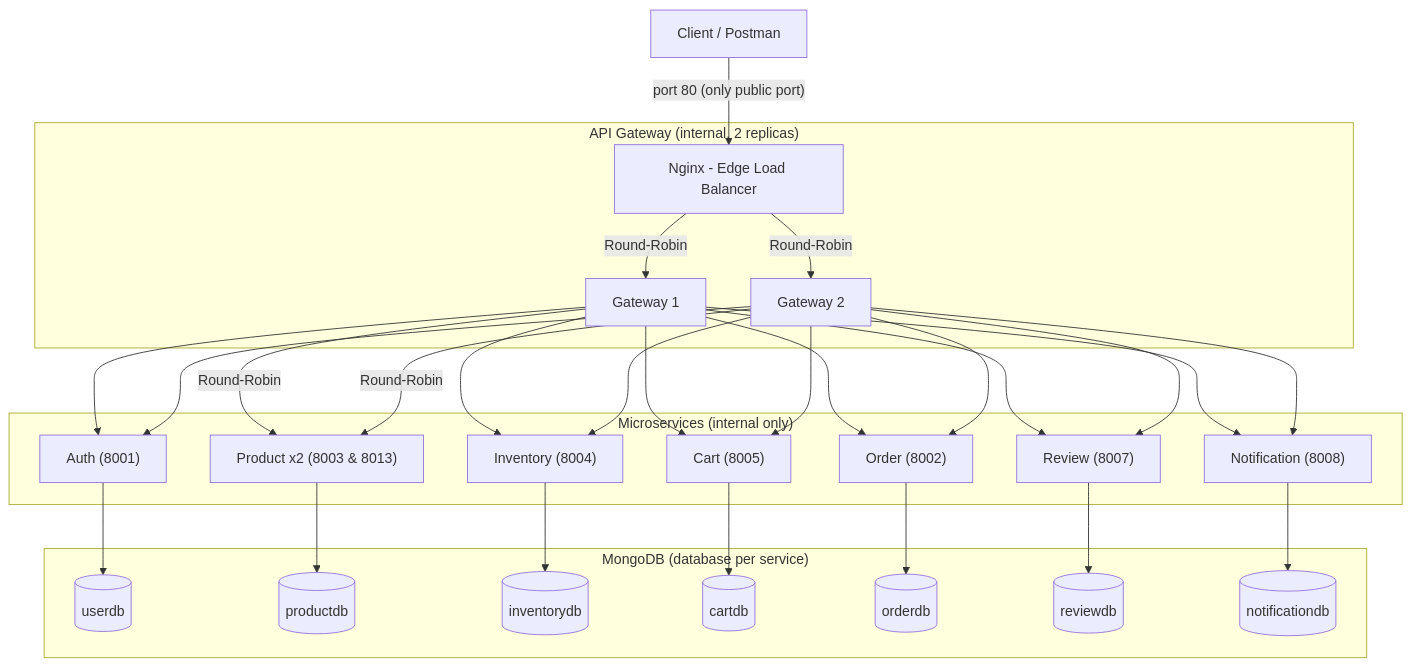
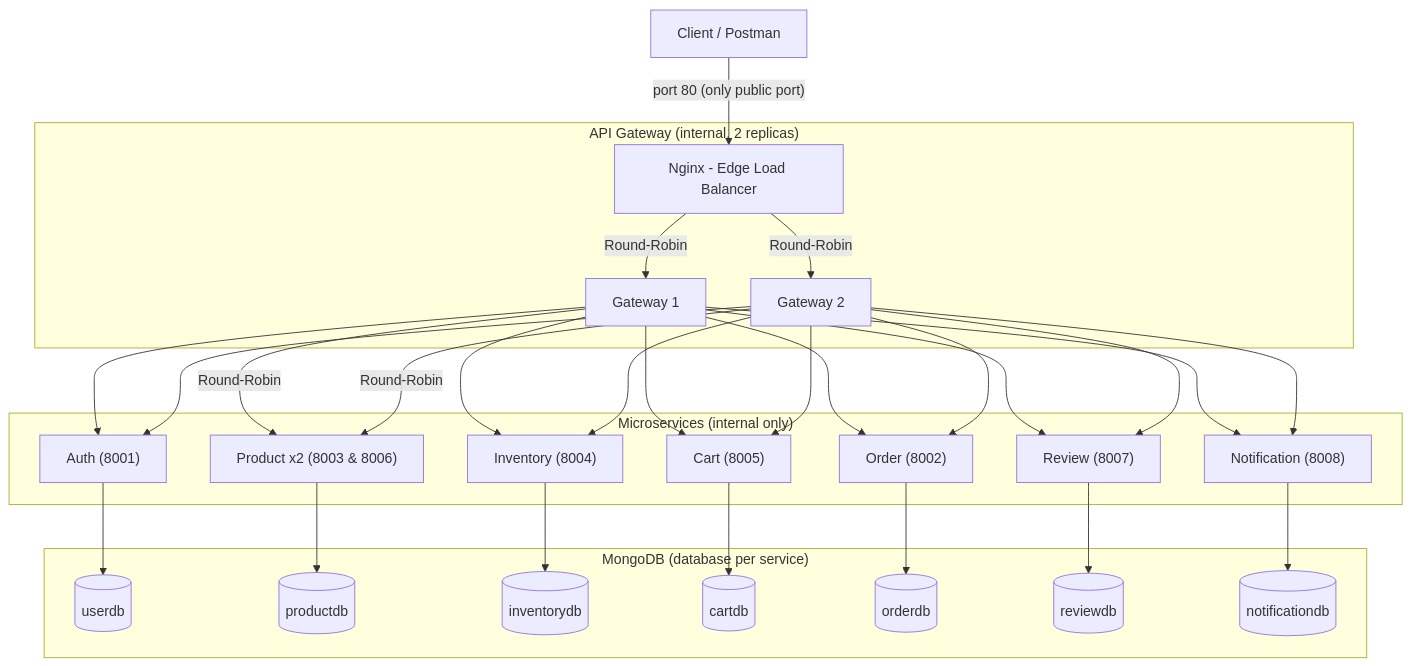
The diagram in README.md (SaruonSopheakdey/ecommerce-project), drawn with Mermaid before and after one commit. The commit also changed other lines of this file and 23 other files, not shown here.

````diff
--- a/README.md
+++ b/README.md
@@ -44,29 +44,29 @@
 ```mermaid
 flowchart TD
     Client["Client / Postman"] -->|"port 80 (only public port)"| NG["Nginx - Edge Load Balancer"]
 
     subgraph GW ["API Gateway (internal, 2 replicas)"]
         NG -->|Round-Robin| G1["Gateway 1"]
         NG -->|Round-Robin| G2["Gateway 2"]
     end
 
     subgraph SVC ["Microservices (internal only)"]
         G1 & G2 --> AS["Auth (8001)"]
-        G1 & G2 -->|Round-Robin| PC["Product x2 (8003 & 8013)"]
+        G1 & G2 -->|Round-Robin| PC["Product x2 (8003 & 8006)"]
         G1 & G2 --> IS["Inventory (8004)"]
         G1 & G2 --> CS["Cart (8005)"]
         G1 & G2 --> OS["Order (8002)"]
         G1 & G2 --> RS["Review (8007)"]
         G1 & G2 --> NS["Notification (8008)"]
     end
 
     subgraph DB ["MongoDB (database per service)"]
         AS --> DB_A[("userdb")]
         PC --> DB_P[("productdb")]
         IS --> DB_I[("inventorydb")]
         CS --> DB_C[("cartdb")]
         OS --> DB_O[("orderdb")]
         RS --> DB_R[("reviewdb")]
         NS --> DB_N[("notificationdb")]
     end
 ```
````
